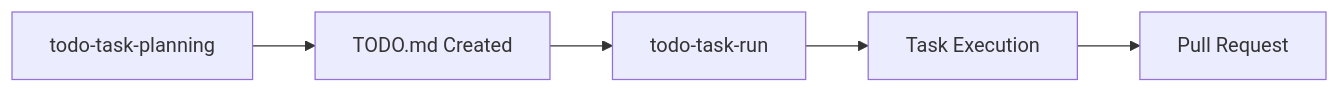
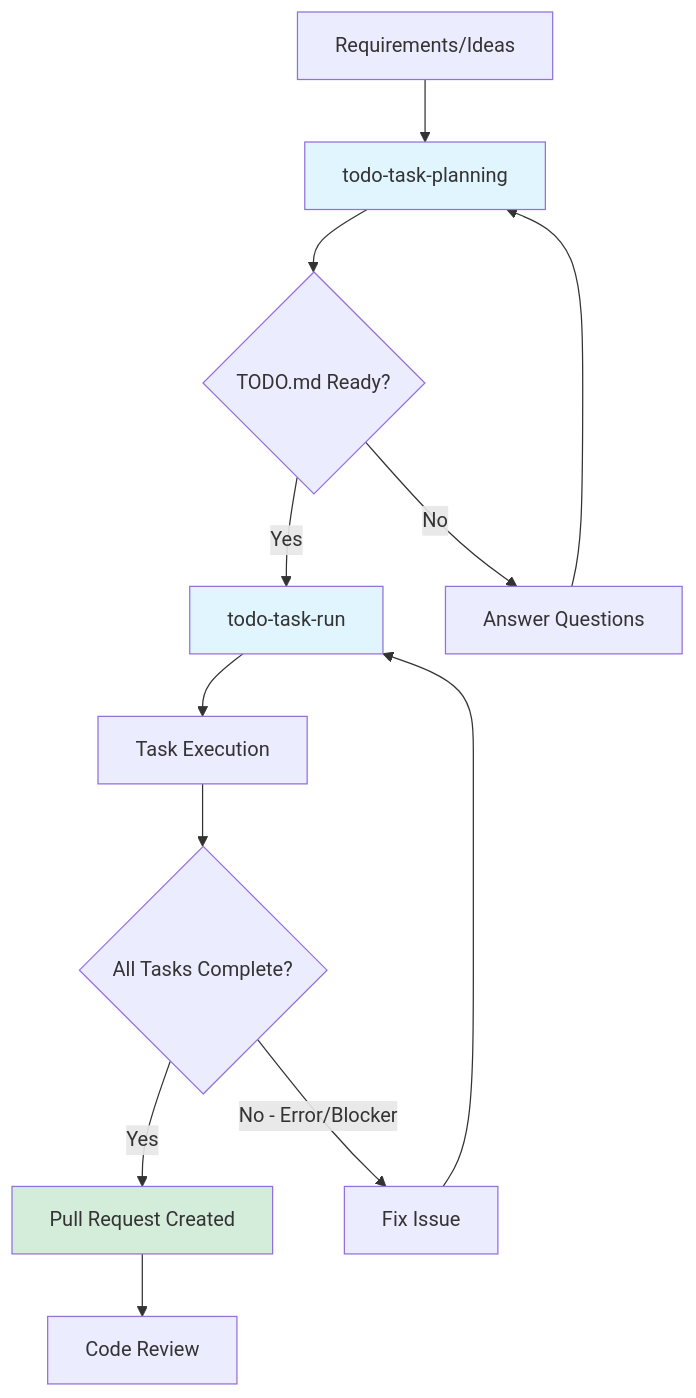
Before and after one commit to gendosu/gendosu-claude-plugins: the second of 3 diagrams in plugins/cccp/TODO-TASK-HOWTO.md, drawn with Mermaid. The commit also changed other lines of this file, not shown here.

First line of the commit message:
docs(howto): complete Phase 4 - todo-task-run command documentation

````diff
--- a/plugins/cccp/TODO-TASK-HOWTO.md
+++ b/plugins/cccp/TODO-TASK-HOWTO.md
@@ -1950,7 +2018,18 @@
 ```mermaid
-graph LR
-    A[todo-task-planning] --> B[TODO.md Created]
-    B --> C[todo-task-run]
-    C --> D[Task Execution]
-    D --> E[Pull Request]
+graph TD
+    A[Requirements/Ideas] --> B[todo-task-planning]
+    B --> C{TODO.md Ready?}
+    C -->|Yes| D[todo-task-run]
+    C -->|No| E[Answer Questions]
+    E --> B
+    D --> F[Task Execution]
+    F --> G{All Tasks Complete?}
+    G -->|Yes| H[Pull Request Created]
+    G -->|No - Error/Blocker| I[Fix Issue]
+    I --> D
+    H --> J[Code Review]
+
+    style B fill:#e1f5ff
+    style D fill:#e1f5ff
+    style H fill:#d4edda
 ```
````
